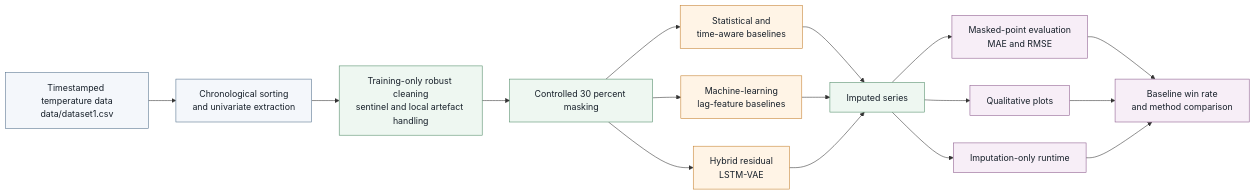
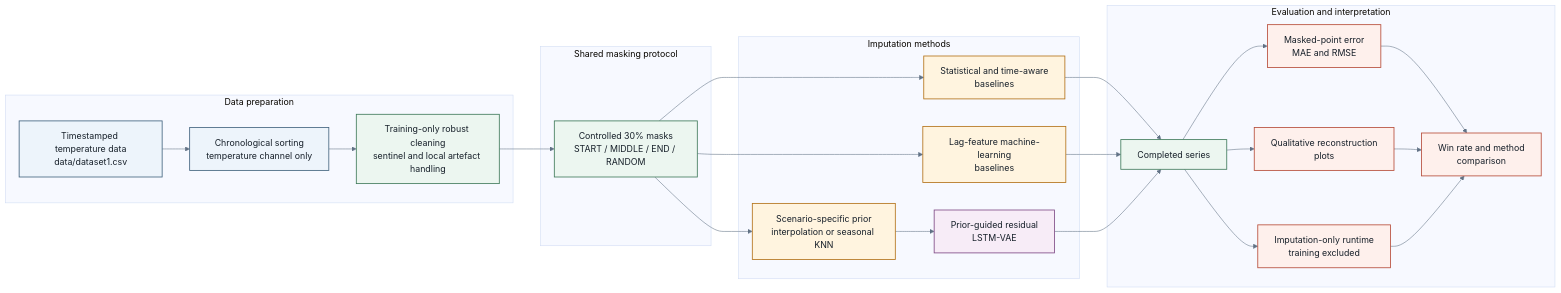
One commit to DevPrinceK/mphil changed the diagram in lvimputer/thesis/shapes/method_pipeline.mmd. Above: the diagram before and after it, drawn with Mermaid. The commit also changed 43 other files, not shown here.

```diff
--- a/lvimputer/thesis/shapes/method_pipeline.mmd
+++ b/lvimputer/thesis/shapes/method_pipeline.mmd
@@ -1,26 +1,44 @@
 %% Figure 3.1: End-to-end methodology pipeline
+%% Redrawn as a thesis-ready workflow: shared data/masks first, then baseline and
+%% hybrid branches, then a common evaluation layer.
+%%{init: {"theme": "base", "themeVariables": {"fontFamily": "Segoe UI, Arial, sans-serif", "background": "transparent", "primaryTextColor": "#17202a", "lineColor": "#617285"}}}%%
 flowchart LR
-    A[Timestamped temperature data<br/>data/dataset1.csv] --> B[Chronological sorting<br/>and univariate extraction]
-    B --> C[Training-only robust cleaning<br/>sentinel and local artefact handling]
-    C --> D[Controlled 30 percent masking]
-    D --> E1[Statistical and<br/>time-aware baselines]
-    D --> E2[Machine-learning<br/>lag-feature baselines]
-    D --> E3[Hybrid residual<br/>LSTM-VAE]
-    E1 --> F[Imputed series]
+    subgraph Prep["Data preparation"]
+        A["Timestamped temperature data<br/>data/dataset1.csv"] --> B["Chronological sorting<br/>temperature channel only"]
+        B --> C["Training-only robust cleaning<br/>sentinel and local artefact handling"]
+    end
+
+    subgraph Mask["Shared masking protocol"]
+        C --> D["Controlled 30% masks<br/>START / MIDDLE / END / RANDOM"]
+    end
+
+    subgraph Methods["Imputation methods"]
+        D --> E1["Statistical and time-aware<br/>baselines"]
+        D --> E2["Lag-feature machine-learning<br/>baselines"]
+        D --> P["Scenario-specific prior<br/>interpolation or seasonal KNN"]
+        P --> E3["Prior-guided residual<br/>LSTM-VAE"]
+    end
+
+    E1 --> F["Completed series"]
     E2 --> F
     E3 --> F
-    F --> G[Masked-point evaluation<br/>MAE and RMSE]
-    F --> H[Qualitative plots]
-    F --> I[Imputation-only runtime]
-    G --> J[Baseline win rate<br/>and method comparison]
-    H --> J
-    I --> J
 
-    classDef data fill:#f4f7fb,stroke:#54708c,color:#17202a;
-    classDef process fill:#eef7f1,stroke:#4f8a66,color:#17202a;
-    classDef model fill:#fff4e6,stroke:#c47f2c,color:#17202a;
-    classDef eval fill:#f7eef7,stroke:#8b5a8c,color:#17202a;
+    subgraph Eval["Evaluation and interpretation"]
+        F --> G["Masked-point error<br/>MAE and RMSE"]
+        F --> H["Qualitative reconstruction<br/>plots"]
+        F --> I["Imputation-only runtime<br/>training excluded"]
+        G --> J["Win rate and method<br/>comparison"]
+        H --> J
+        I --> J
+    end
+
+    classDef data fill:#edf4fb,stroke:#42647f,stroke-width:1.5px,color:#17202a;
+    classDef process fill:#ecf6f0,stroke:#3f7a5a,stroke-width:1.5px,color:#17202a;
+    classDef model fill:#fff4df,stroke:#b37219,stroke-width:1.5px,color:#17202a;
+    classDef hybrid fill:#f7ecf7,stroke:#7f4b86,stroke-width:1.5px,color:#17202a;
+    classDef eval fill:#fef0ec,stroke:#b64c39,stroke-width:1.5px,color:#17202a;
     class A,B data;
     class C,D,F process;
-    class E1,E2,E3 model;
+    class E1,E2,P model;
+    class E3 hybrid;
     class G,H,I,J eval;
```
